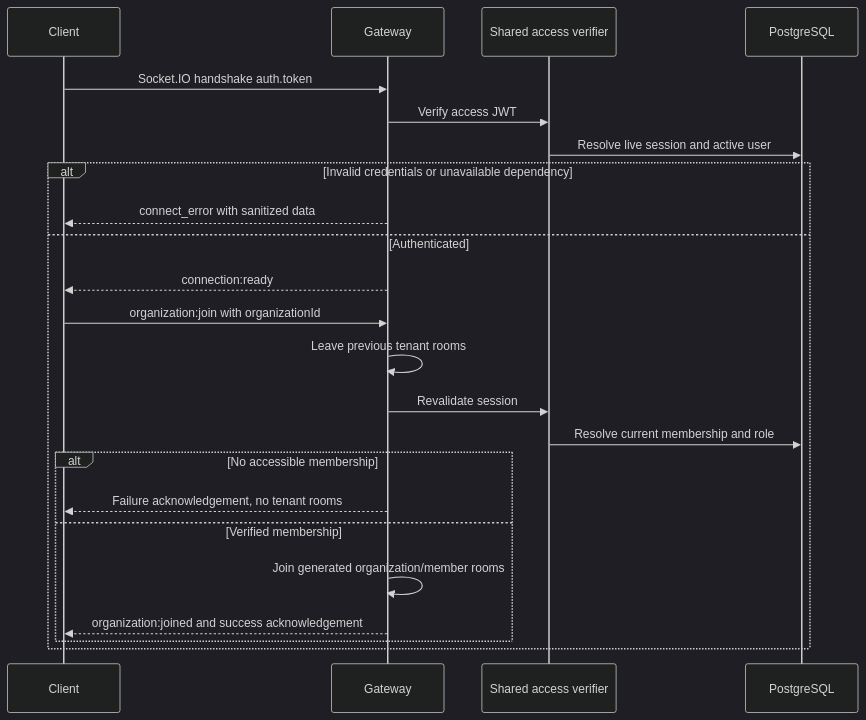
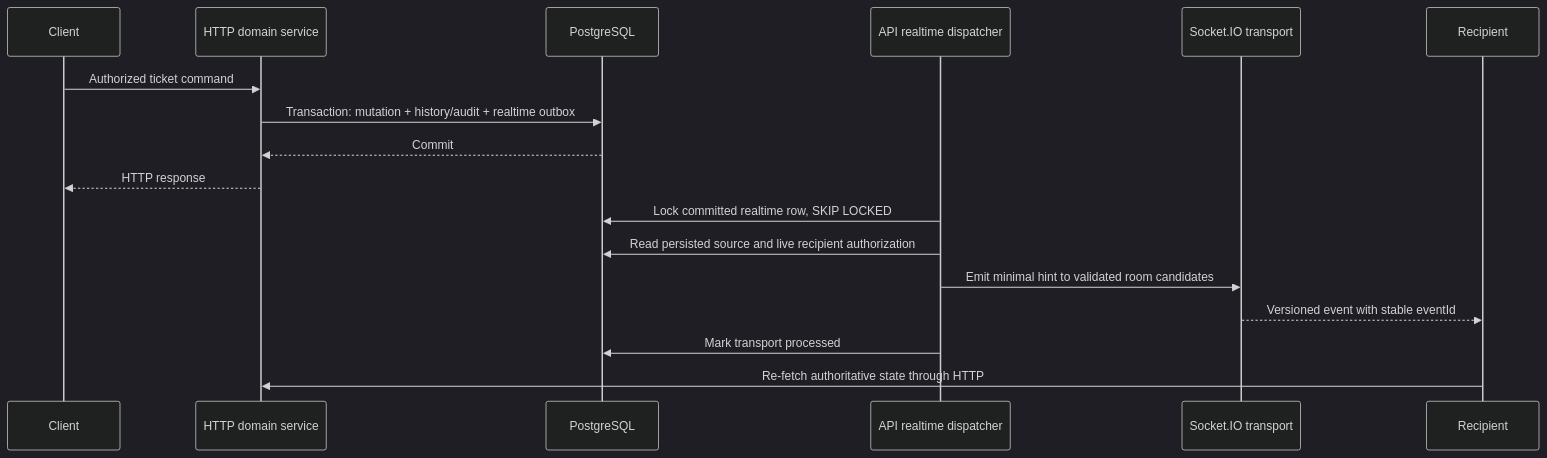
The diagram in docs/realtime.md (yusufemredagli/pulsedesk), drawn with Mermaid (dark theme) before and after one commit. The commit also changed other lines of this file and 31 other files, not shown here.

Commit message:
Implement realtime ticket events and notifications

````diff
--- a/docs/realtime.md
+++ b/docs/realtime.md
@@ -26,25 +37,19 @@
 ```mermaid
 sequenceDiagram
     participant Client
-    participant Gateway
-    participant Auth as Shared access verifier
-    participant DB as PostgreSQL
-    Client->>Gateway: Socket.IO handshake auth.token
-    Gateway->>Auth: Verify access JWT
-    Auth->>DB: Resolve live session and active user
-    alt Invalid credentials or unavailable dependency
-        Gateway-->>Client: connect_error with sanitized data
-    else Authenticated
-        Gateway-->>Client: connection:ready
-        Client->>Gateway: organization:join with organizationId
-        Gateway->>Gateway: Leave previous tenant rooms
-        Gateway->>Auth: Revalidate session
-        Auth->>DB: Resolve current membership and role
-        alt No accessible membership
-            Gateway-->>Client: Failure acknowledgement, no tenant rooms
-        else Verified membership
-            Gateway->>Gateway: Join generated organization/member rooms
-            Gateway-->>Client: organization:joined and success acknowledgement
-        end
-    end
+    participant API as HTTP domain service
+    participant PG as PostgreSQL
+    participant Dispatch as API realtime dispatcher
+    participant Socket as Socket.IO transport
+    participant Recipient
+    Client->>API: Authorized ticket command
+    API->>PG: Transaction: mutation + history/audit + realtime outbox
+    PG-->>API: Commit
+    API-->>Client: HTTP response
+    Dispatch->>PG: Lock committed realtime row, SKIP LOCKED
+    Dispatch->>PG: Read persisted source and live recipient authorization
+    Dispatch->>Socket: Emit minimal hint to validated room candidates
+    Socket-->>Recipient: Versioned event with stable eventId
+    Dispatch->>PG: Mark transport processed
+    Recipient->>API: Re-fetch authoritative state through HTTP
 ```
````
